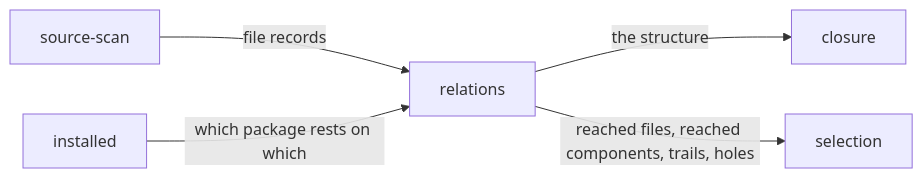
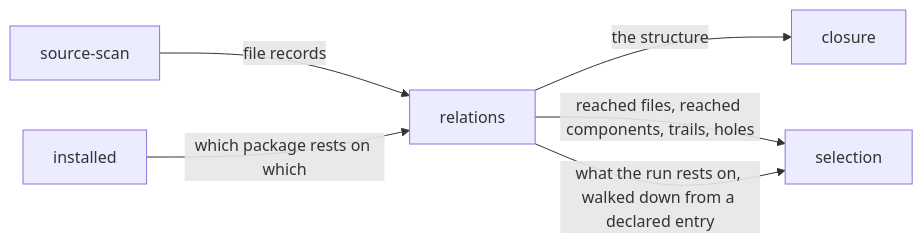
Before and after one commit to Variance-Authority/variance-authority: the diagram in .compass/variance-authority/reach/relations/README.md, drawn with Mermaid. The commit also changed other lines of this file and 24 other files, not shown here.

First line of the commit message:
feat(sense): walk down from what a run rests on

````diff
--- a/.compass/variance-authority/reach/relations/README.md
+++ b/.compass/variance-authority/reach/relations/README.md
@@ -79,7 +92,8 @@
 ```mermaid
 flowchart LR
   SCAN[source-scan] -->|file records| REL[relations]
   INS[installed] -->|which package rests on which| REL
   REL -->|the structure| CLO[closure]
   REL -->|reached files, reached components, trails, holes| SEL[selection]
+  REL -->|what the run rests on, walked down from a declared entry| SEL
 ```
````
